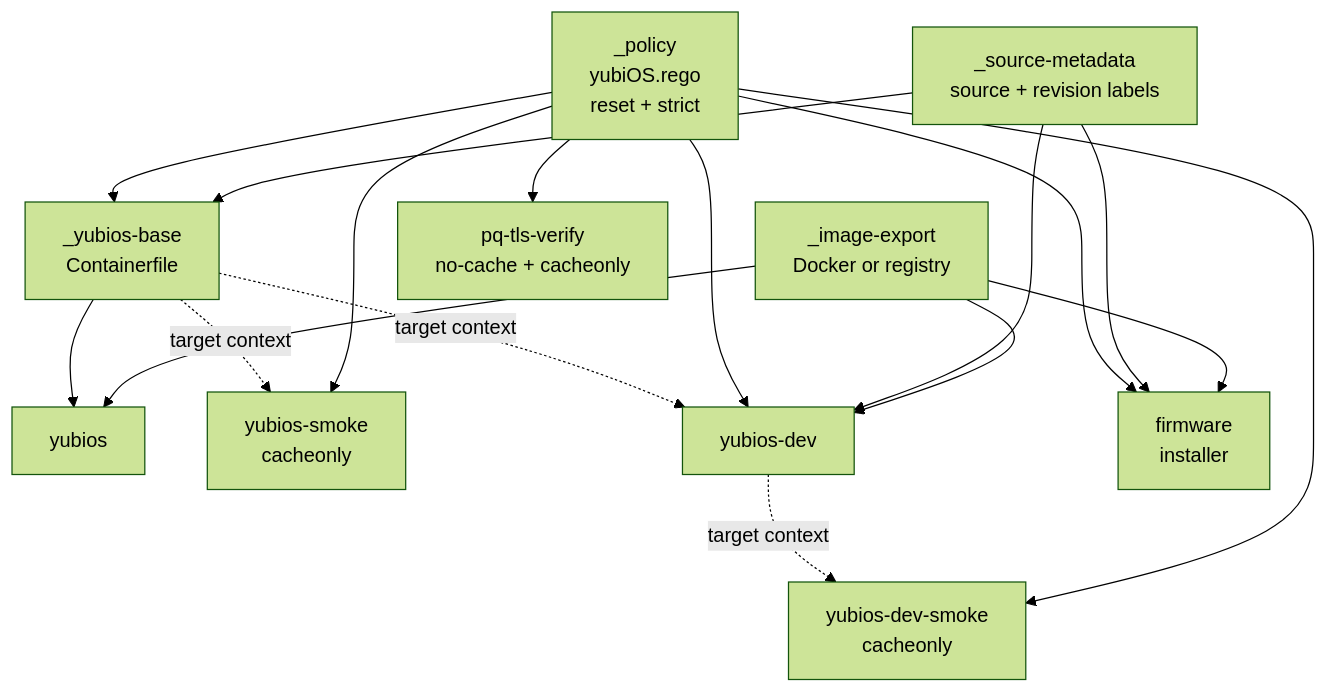
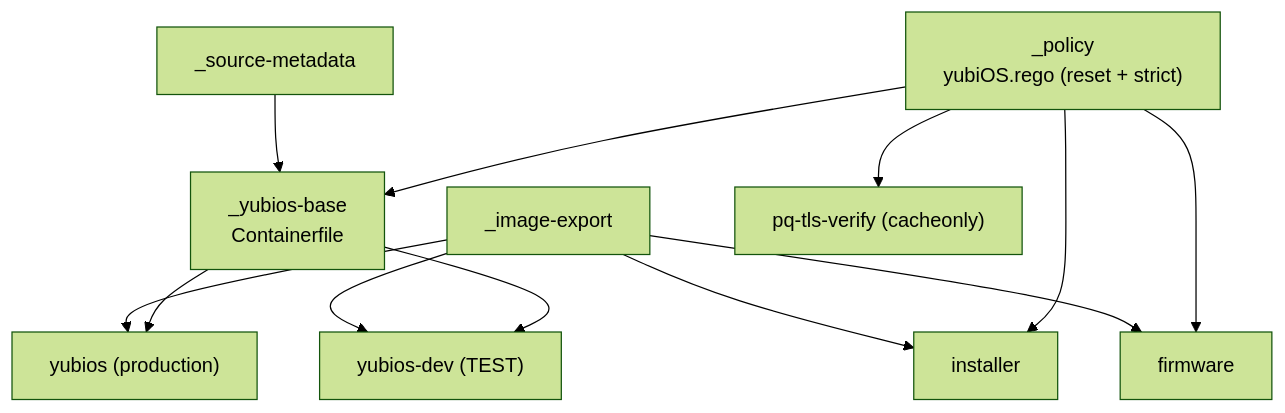
One commit to yubi-OS/yubiOS changed the third of 3 diagrams in docs/CI_MAP.md. Above: the diagram before and after it, drawn with Mermaid (forest theme). The commit also changed other lines of this file, not shown here.

Commit message:
docs: regenerate CI_MAP.md as a full-repo .yml architecture map (40 files)

````diff
--- a/docs/CI_MAP.md
+++ b/docs/CI_MAP.md
@@ -75,30 +272,23 @@
 ```mermaid
 flowchart TD
-    policy["_policy\nyubiOS.rego\nreset + strict"]
-    metadata["_source-metadata\nsource + revision labels"]
-    exporter["_image-export\nDocker or registry"]
+    policy["_policy\nyubiOS.rego (reset + strict)"]
+    metadata["_source-metadata"]
+    exporter["_image-export"]
     base["_yubios-base\nContainerfile"]
-    prod["yubios"]
-    prod_smoke["yubios-smoke\ncacheonly"]
-    dev["yubios-dev"]
-    dev_smoke["yubios-dev-smoke\ncacheonly"]
-    artifacts["firmware\ninstaller"]
-    pq["pq-tls-verify\nno-cache + cacheonly"]
-
+    prod["yubios (production)"]
+    dev["yubios-dev (TEST)"]
+    inst["installer"]
+    fw["firmware"]
+    pq["pq-tls-verify (cacheonly)"]
     policy --> base
     metadata --> base
     base --> prod
     exporter --> prod
-    base -. "target context" .-> prod_smoke
-    policy --> prod_smoke
-    base -. "target context" .-> dev
-    policy --> dev
-    metadata --> dev
+    base --> dev
     exporter --> dev
-    dev -. "target context" .-> dev_smoke
-    policy --> dev_smoke
-    policy --> artifacts
-    metadata --> artifacts
-    exporter --> artifacts
+    policy --> inst
+    exporter --> inst
+    policy --> fw
+    exporter --> fw
     policy --> pq
 ```
````
